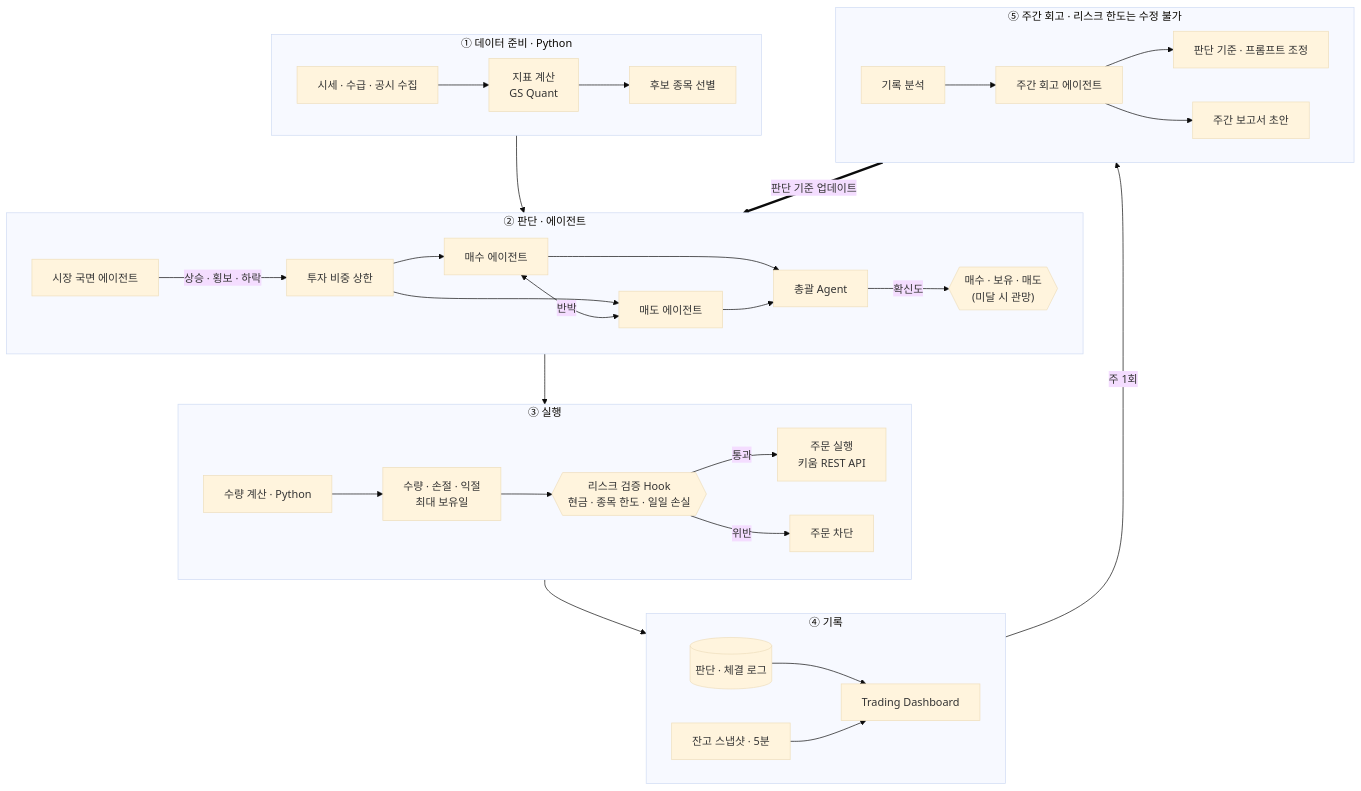
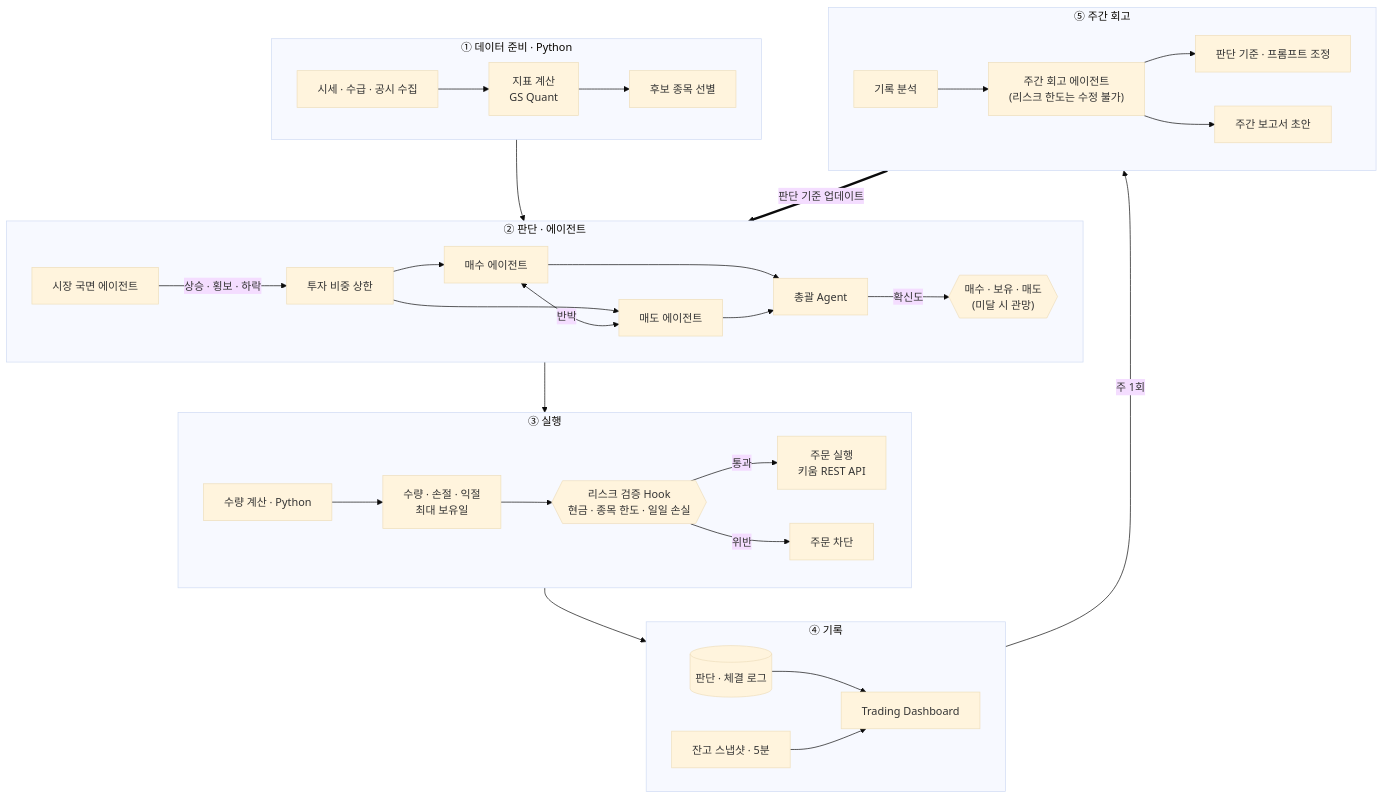
The diagram in README.ko.md (isopink/hynix-298f), drawn with Mermaid (base theme) before and after one commit. The commit also changed other lines of this file and 3 other files, not shown here.

First line of the commit message:
README: show architecture as an image for GitHub mobile

````diff
--- a/README.ko.md
+++ b/README.ko.md
@@ -46,37 +51,37 @@
 ```mermaid
 flowchart TB
     subgraph S1["① 데이터 준비 · Python"]
         direction LR
         A1["시세 · 수급 · 공시 수집"] --> A2["지표 계산<br/>GS Quant"] --> A3["후보 종목 선별"]
     end
     subgraph S2["② 판단 · 에이전트"]
         direction LR
         B1["시장 국면 에이전트"] -->|상승 · 횡보 · 하락| B2["투자 비중 상한"]
         B2 --> C1["매수 에이전트"]
         B2 --> C2["매도 에이전트"]
         C1 <-->|반박| C2
         C1 --> E1["총괄 Agent"]
         C2 --> E1
         E1 -->|확신도| E2{{"매수 · 보유 · 매도<br/>(미달 시 관망)"}}
     end
     subgraph S3["③ 실행"]
         direction LR
         F1["수량 계산 · Python"] --> F2["수량 · 손절 · 익절<br/>최대 보유일"] --> G{{"리스크 검증 Hook<br/>현금 · 종목 한도 · 일일 손실"}}
         G -->|통과| H["주문 실행<br/>키움 REST API"]
         G -->|위반| X["주문 차단"]
     end
     subgraph S4["④ 기록"]
         direction LR
         I[("판단 · 체결 로그")] --> K["Trading Dashboard"]
         L["잔고 스냅샷 · 5분"] --> K
     end
-    subgraph S5["⑤ 주간 회고 · 리스크 한도는 수정 불가"]
+    subgraph S5["⑤ 주간 회고"]
         direction LR
-        J1["기록 분석"] --> J2["주간 회고 에이전트"]
+        J1["기록 분석"] --> J2["주간 회고 에이전트<br/>(리스크 한도는 수정 불가)"]
         J2 --> J3["판단 기준 · 프롬프트 조정"]
         J2 --> J4["주간 보고서 초안"]
     end
     S1 --> S2 --> S3 --> S4
     S4 -->|주 1회| S5
     S5 == "판단 기준 업데이트" ==> S2
 ```
````
